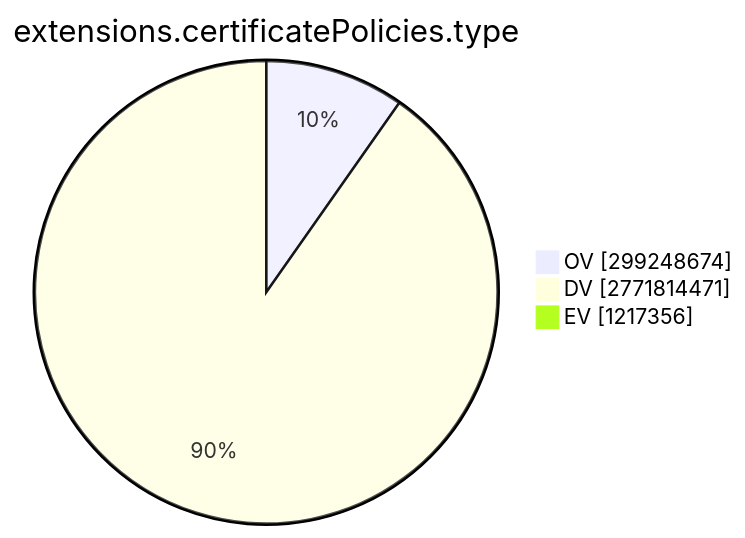
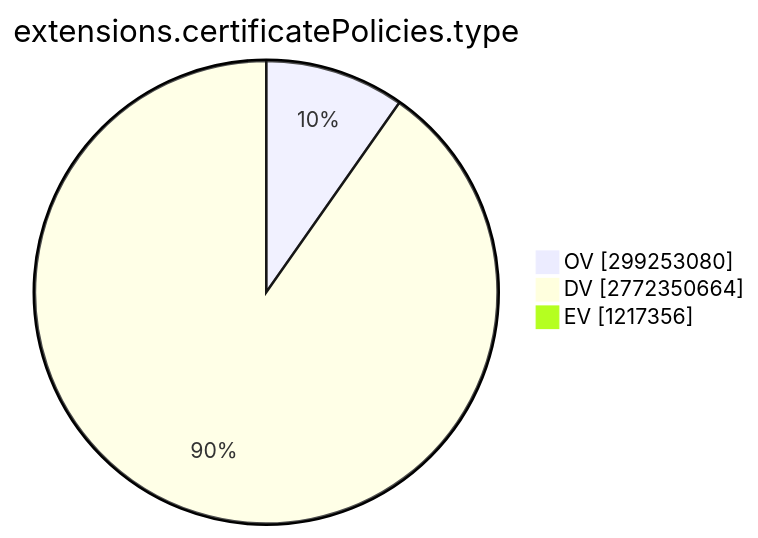
Before and after one commit to christiankrug/ctmonitor_visualization: the ninth of 15 diagrams in TOTAL/README.md, drawn with Mermaid. The commit also changed other lines of this file, not shown here.

````diff
--- a/TOTAL/README.md
+++ b/TOTAL/README.md
@@ -3101,7 +3101,7 @@
 ```mermaid
 pie showData
 title extensions.certificatePolicies.type
-"OV" :299248674
-"DV" :2771814471
+"OV" :299253080
+"DV" :2772350664
 "EV" :1217356
 ```
````
